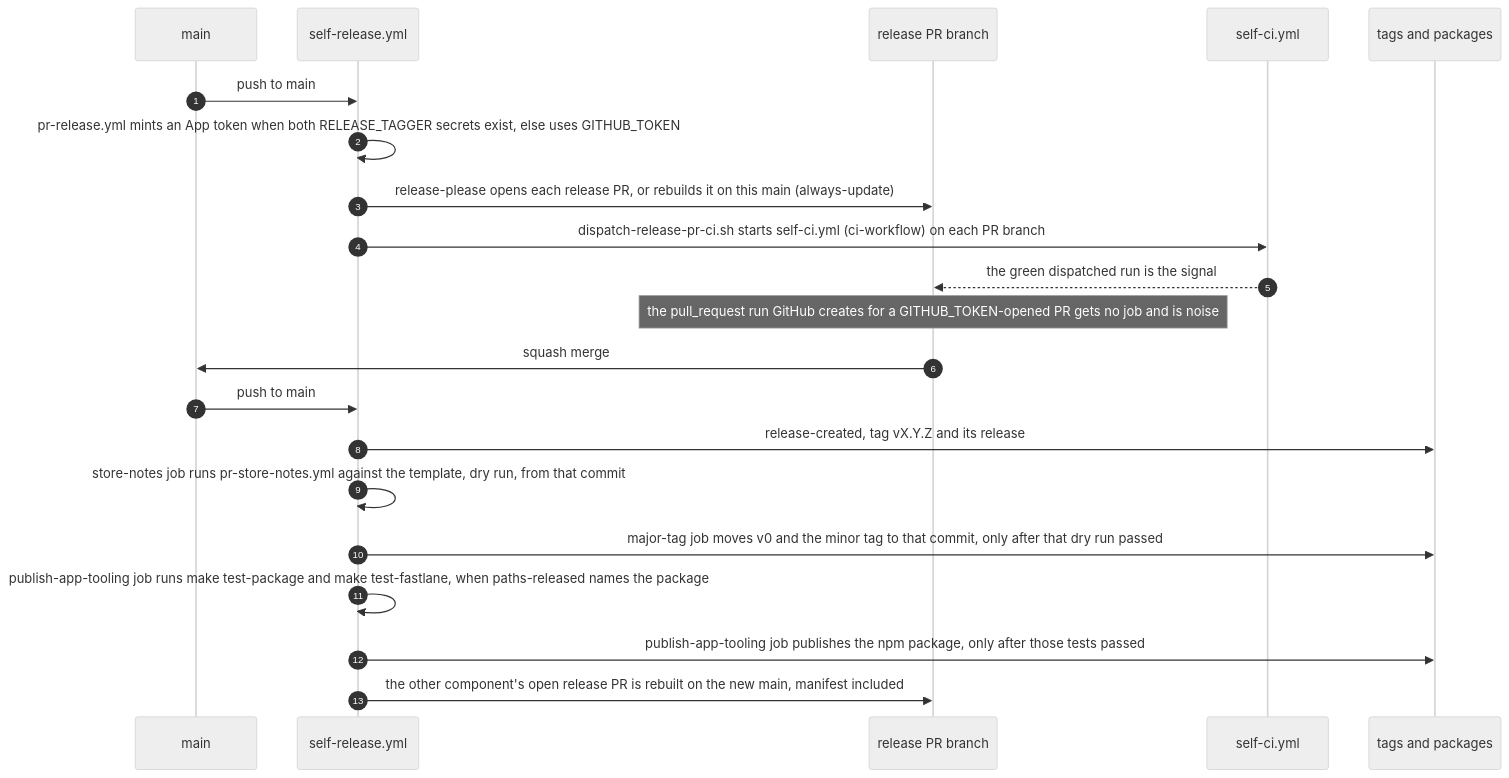
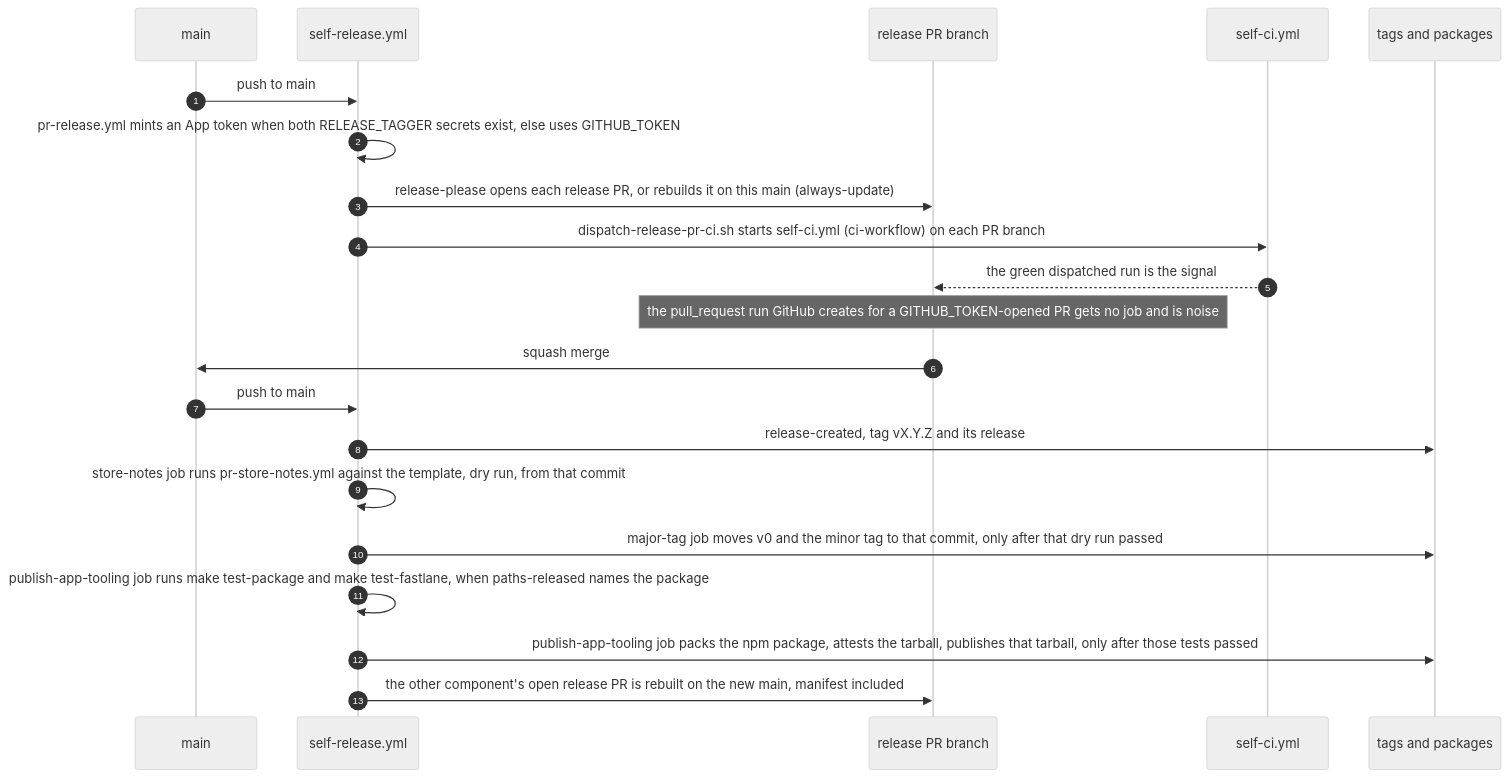
One commit to blinkbitcoin/shared-workflows changed the diagram in AGENTS.md. Above: the diagram before and after it, drawn with Mermaid (neutral theme). The commit also changed other lines of this file and 7 other files, not shown here.

First line of the commit message:
ci(self): attest the published app-tooling tarball (#222)

````diff
--- a/AGENTS.md
+++ b/AGENTS.md
@@ -255,23 +258,23 @@
   ```mermaid
   sequenceDiagram
     autonumber
     participant main as main
     participant rel as self-release.yml
     participant pr as release PR branch
     participant ci as self-ci.yml
     participant tags as tags and packages
     main->>rel: push to main
     rel->>rel: pr-release.yml mints an App token when both RELEASE_TAGGER secrets exist, else uses GITHUB_TOKEN
     rel->>pr: release-please opens each release PR, or rebuilds it on this main (always-update)
     rel->>ci: dispatch-release-pr-ci.sh starts self-ci.yml (ci-workflow) on each PR branch
     ci-->>pr: the green dispatched run is the signal
     Note over pr: the pull_request run GitHub creates for a GITHUB_TOKEN-opened PR gets no job and is noise
     pr->>main: squash merge
     main->>rel: push to main
     rel->>tags: release-created, tag vX.Y.Z and its release
     rel->>rel: store-notes job runs pr-store-notes.yml against the template, dry run, from that commit
     rel->>tags: major-tag job moves v0 and the minor tag to that commit, only after that dry run passed
     rel->>rel: publish-app-tooling job runs make test-package and make test-fastlane, when paths-released names the package
-    rel->>tags: publish-app-tooling job publishes the npm package, only after those tests passed
+    rel->>tags: publish-app-tooling job packs the npm package, attests the tarball, publishes that tarball, only after those tests passed
     rel->>pr: the other component's open release PR is rebuilt on the new main, manifest included
   ```
````
